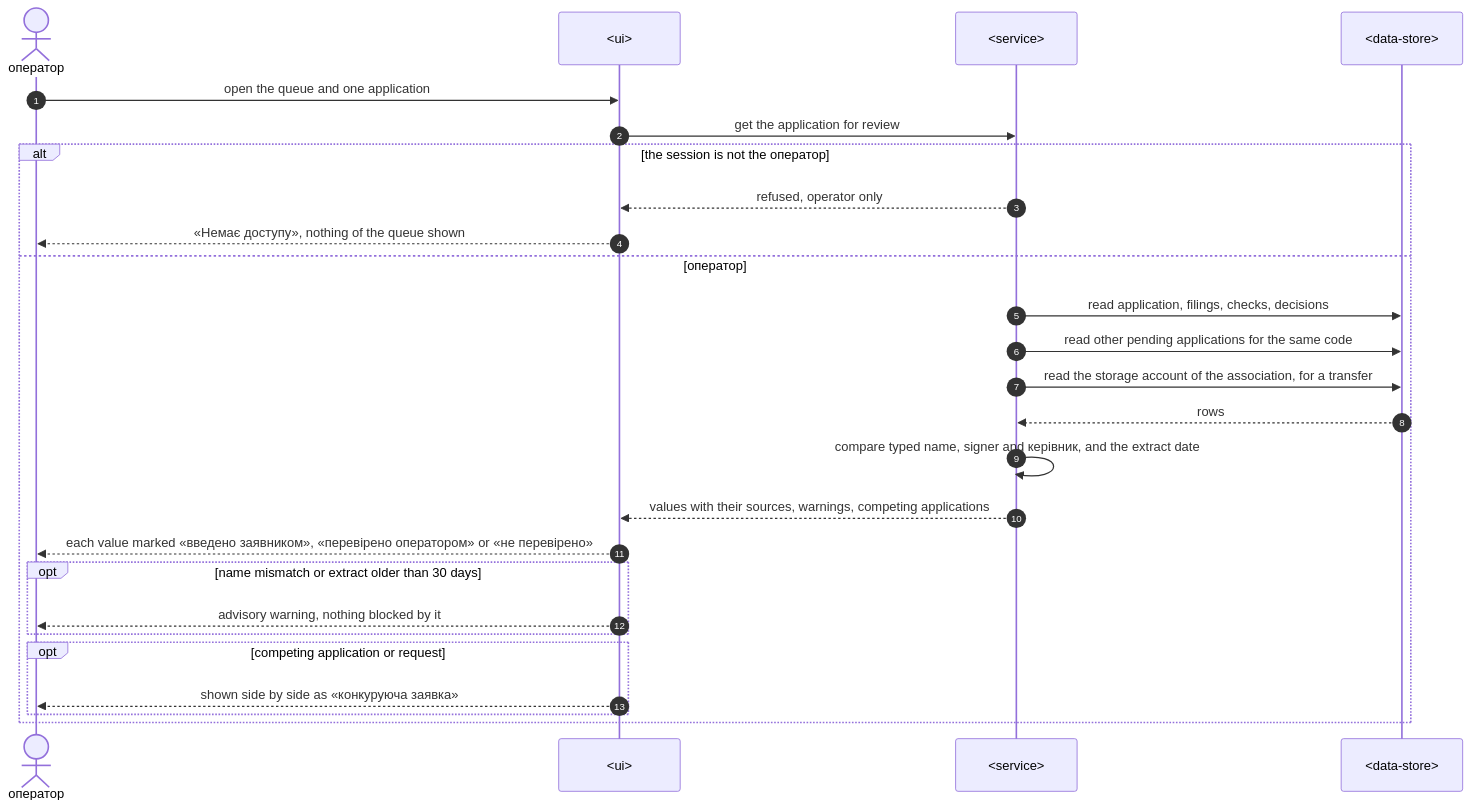
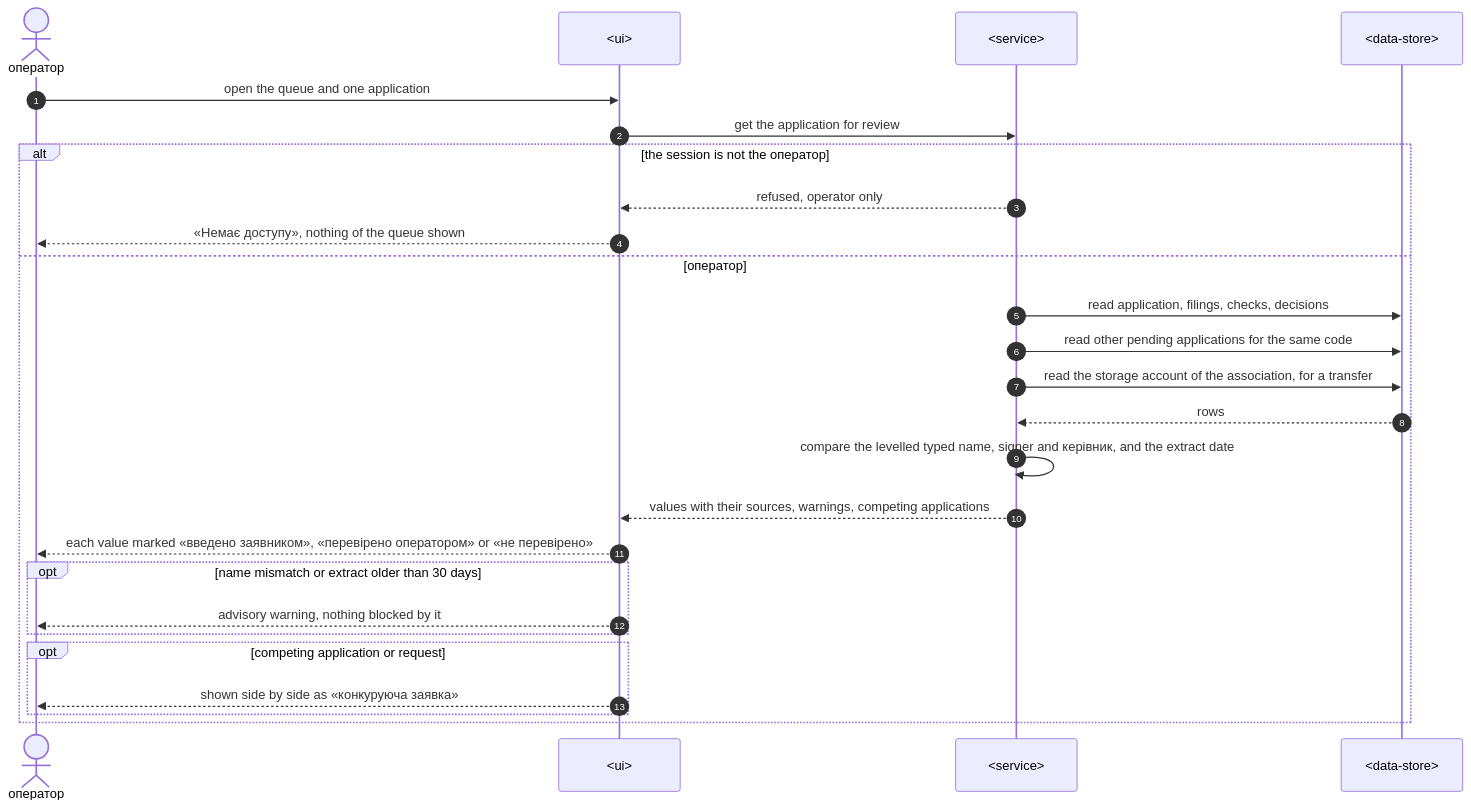
One commit to AndriiOpryshko/spilno changed the ninth of 14 diagrams in docs/features/association-onboarding/sad.md. Above: the diagram before and after it, drawn with Mermaid. The commit also changed other lines of this file, not shown here.

````diff
--- a/docs/features/association-onboarding/sad.md
+++ b/docs/features/association-onboarding/sad.md
@@ -354,28 +367,28 @@
 ```mermaid
 sequenceDiagram
     autonumber
     actor O as оператор
     participant UI as <ui>
     participant S as <service>
     participant D as <data-store>
     O->>UI: open the queue and one application
     UI->>S: get the application for review
     alt the session is not the оператор
         S-->>UI: refused, operator only
         UI-->>O: «Немає доступу», nothing of the queue shown
     else оператор
         S->>D: read application, filings, checks, decisions
         S->>D: read other pending applications for the same code
         S->>D: read the storage account of the association, for a transfer
         D-->>S: rows
-        S->>S: compare typed name, signer and керівник, and the extract date
+        S->>S: compare the levelled typed name, signer and керівник, and the extract date
         S-->>UI: values with their sources, warnings, competing applications
         UI-->>O: each value marked «введено заявником», «перевірено оператором» or «не перевірено»
         opt name mismatch or extract older than 30 days
             UI-->>O: advisory warning, nothing blocked by it
         end
         opt competing application or request
             UI-->>O: shown side by side as «конкуруюча заявка»
         end
     end
 ```
````
